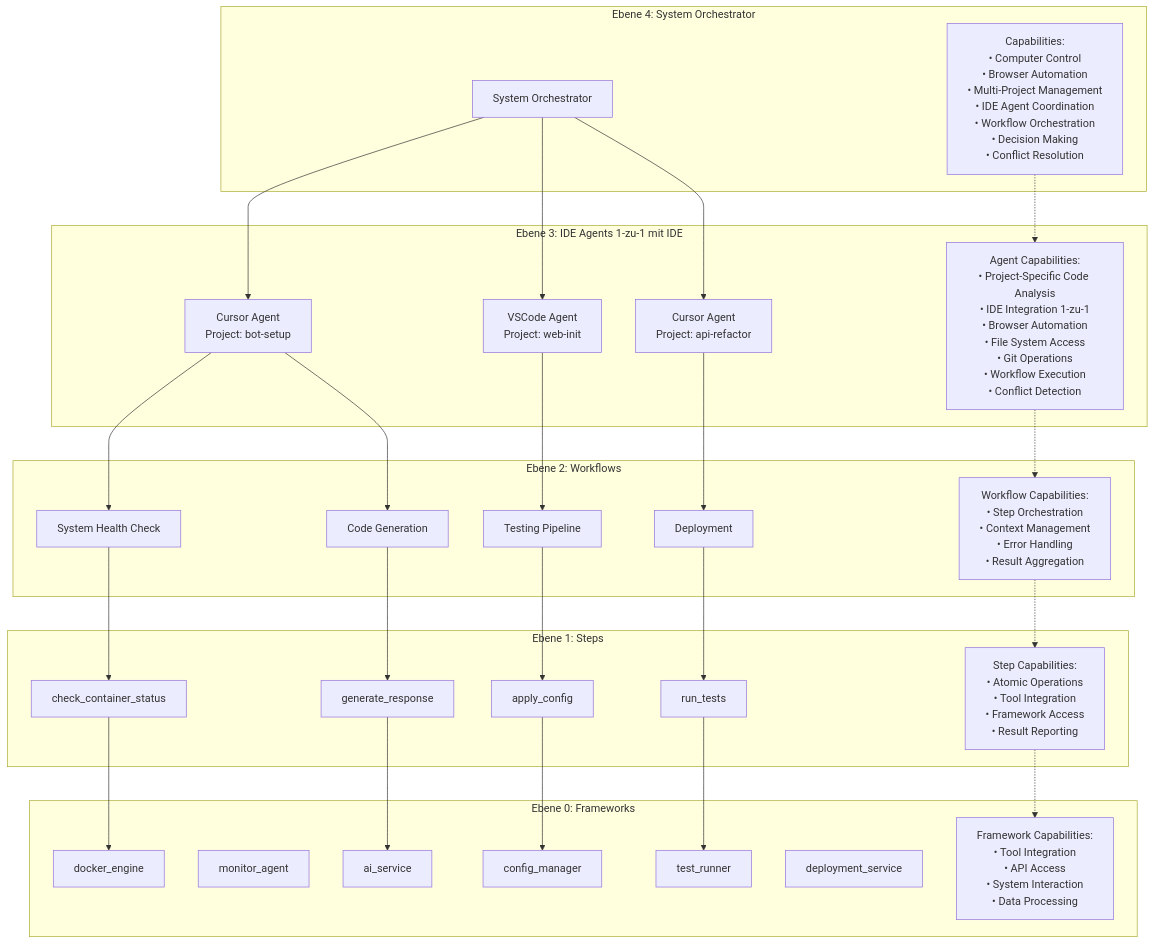
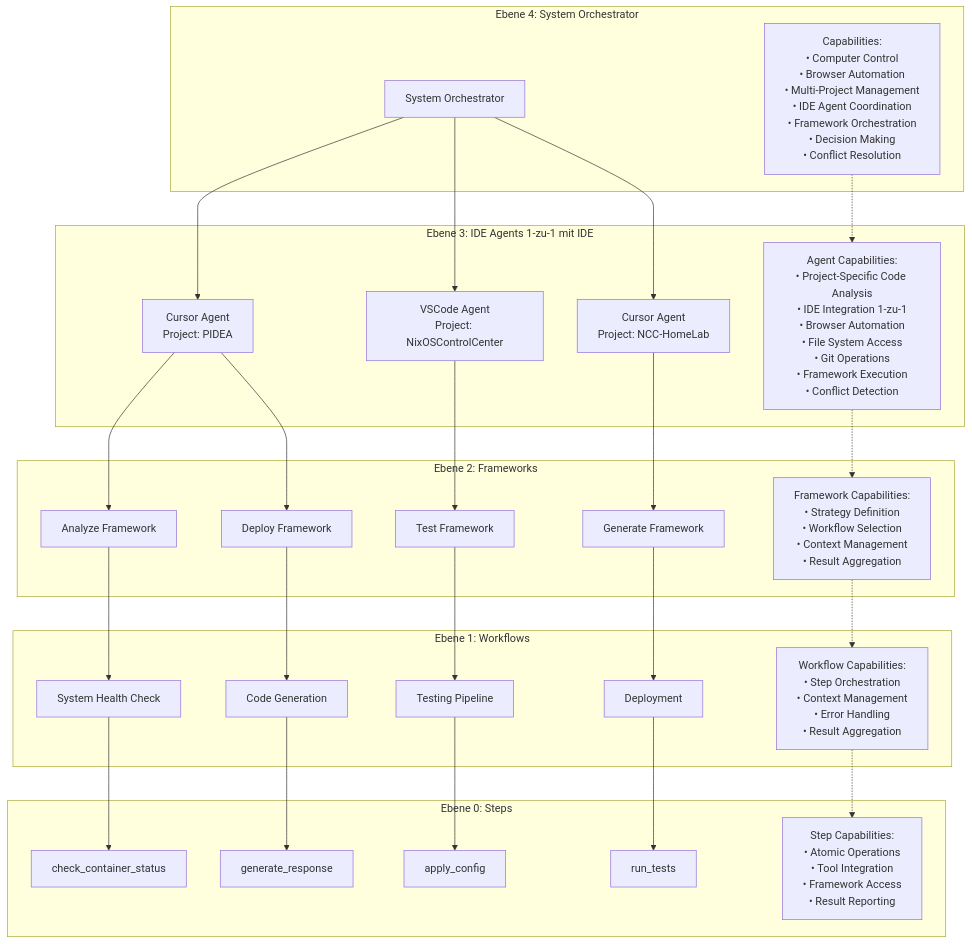
One commit to fr4iser90/PIDEA changed the first of 6 diagrams in docs/architecture/meta-ebenen-capabilities.md. Above: the diagram before and after it, drawn with Mermaid. The commit also changed other lines of this file and 1 other file, not shown here.

First line of the commit message:
Update Architecture Documentation to Reflect Framework and Workflow Relationships

````diff
--- a/docs/architecture/meta-ebenen-capabilities.md
+++ b/docs/architecture/meta-ebenen-capabilities.md
@@ -5,70 +5,68 @@
 ```mermaid
 graph TB
     subgraph "Ebene 4: System Orchestrator"
         SO[System Orchestrator]
-        SO_CAP["Capabilities:\n• Computer Control\n• Browser Automation\n• Multi-Project Management\n• IDE Agent Coordination\n• Workflow Orchestration\n• Decision Making\n• Conflict Resolution"]
+        SO_CAP["Capabilities:\n• Computer Control\n• Browser Automation\n• Multi-Project Management\n• IDE Agent Coordination\n• Framework Orchestration\n• Decision Making\n• Conflict Resolution"]
     end
     
     subgraph "Ebene 3: IDE Agents 1-zu-1 mit IDE"
-        PA1["Cursor Agent\nProject: bot-setup"]
-        PA2["VSCode Agent\nProject: web-init"]
-        PA3["Cursor Agent\nProject: api-refactor"]
+        PA1["Cursor Agent\nProject: PIDEA"]
+        PA2["VSCode Agent\nProject: NixOSControlCenter"]
+        PA3["Cursor Agent\nProject: NCC-HomeLab"]
         
-        PA_CAP["Agent Capabilities:\n• Project-Specific Code Analysis\n• IDE Integration 1-zu-1\n• Browser Automation\n• File System Access\n• Git Operations\n• Workflow Execution\n• Conflict Detection"]
+        PA_CAP["Agent Capabilities:\n• Project-Specific Code Analysis\n• IDE Integration 1-zu-1\n• Browser Automation\n• File System Access\n• Git Operations\n• Framework Execution\n• Conflict Detection"]
     end
     
-    subgraph "Ebene 2: Workflows"
+    subgraph "Ebene 2: Frameworks"
+        F1["Analyze Framework"]
+        F2["Deploy Framework"]
+        F3["Test Framework"]
+        F4["Generate Framework"]
+        
+        FW_CAP["Framework Capabilities:\n• Strategy Definition\n• Workflow Selection\n• Context Management\n• Result Aggregation"]
+    end
+    
+    subgraph "Ebene 1: Workflows"
         W1["System Health Check"]
         W2["Code Generation"]
         W3["Testing Pipeline"]
         W4["Deployment"]
         
         WF_CAP["Workflow Capabilities:\n• Step Orchestration\n• Context Management\n• Error Handling\n• Result Aggregation"]
     end
     
-    subgraph "Ebene 1: Steps"
+    subgraph "Ebene 0: Steps"
         S1["check_container_status"]
         S2["generate_response"]
         S3["apply_config"]
         S4["run_tests"]
         
         STEP_CAP["Step Capabilities:\n• Atomic Operations\n• Tool Integration\n• Framework Access\n• Result Reporting"]
     end
     
-    subgraph "Ebene 0: Frameworks"
-        F1["docker_engine"]
-        F2["monitor_agent"]
-        F3["ai_service"]
-        F4["config_manager"]
-        F5["test_runner"]
-        F6["deployment_service"]
-        
-        FW_CAP["Framework Capabilities:\n• Tool Integration\n• API Access\n• System Interaction\n• Data Processing"]
-    end
-    
     %% Connections
     SO --> PA1
     SO --> PA2
     SO --> PA3
     
-    PA1 --> W1
-    PA1 --> W2
-    PA2 --> W3
-    PA3 --> W4
+    PA1 --> F1
+    PA1 --> F2
+    PA2 --> F3
+    PA3 --> F4
+    
+    F1 --> W1
+    F2 --> W2
+    F3 --> W3
+    F4 --> W4
     
     W1 --> S1
     W2 --> S2
     W3 --> S3
     W4 --> S4
     
-    S1 --> F1
-    S2 --> F3
-    S3 --> F4
-    S4 --> F5
-    
     %% Capability flows
     SO_CAP -.-> PA_CAP
-    PA_CAP -.-> WF_CAP
+    PA_CAP -.-> FW_CAP
+    FW_CAP -.-> WF_CAP
     WF_CAP -.-> STEP_CAP
-    STEP_CAP -.-> FW_CAP
 ```
````
